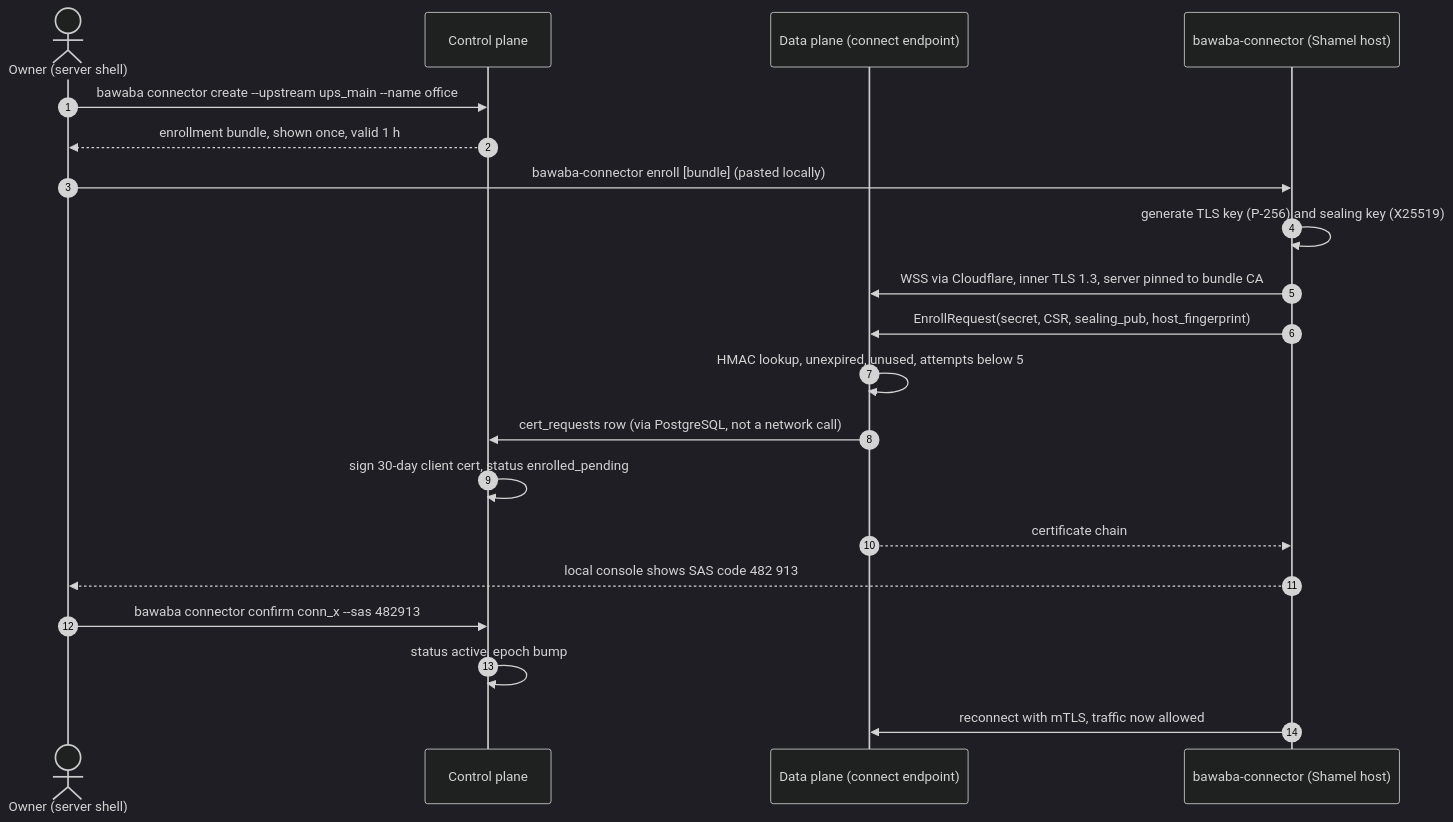
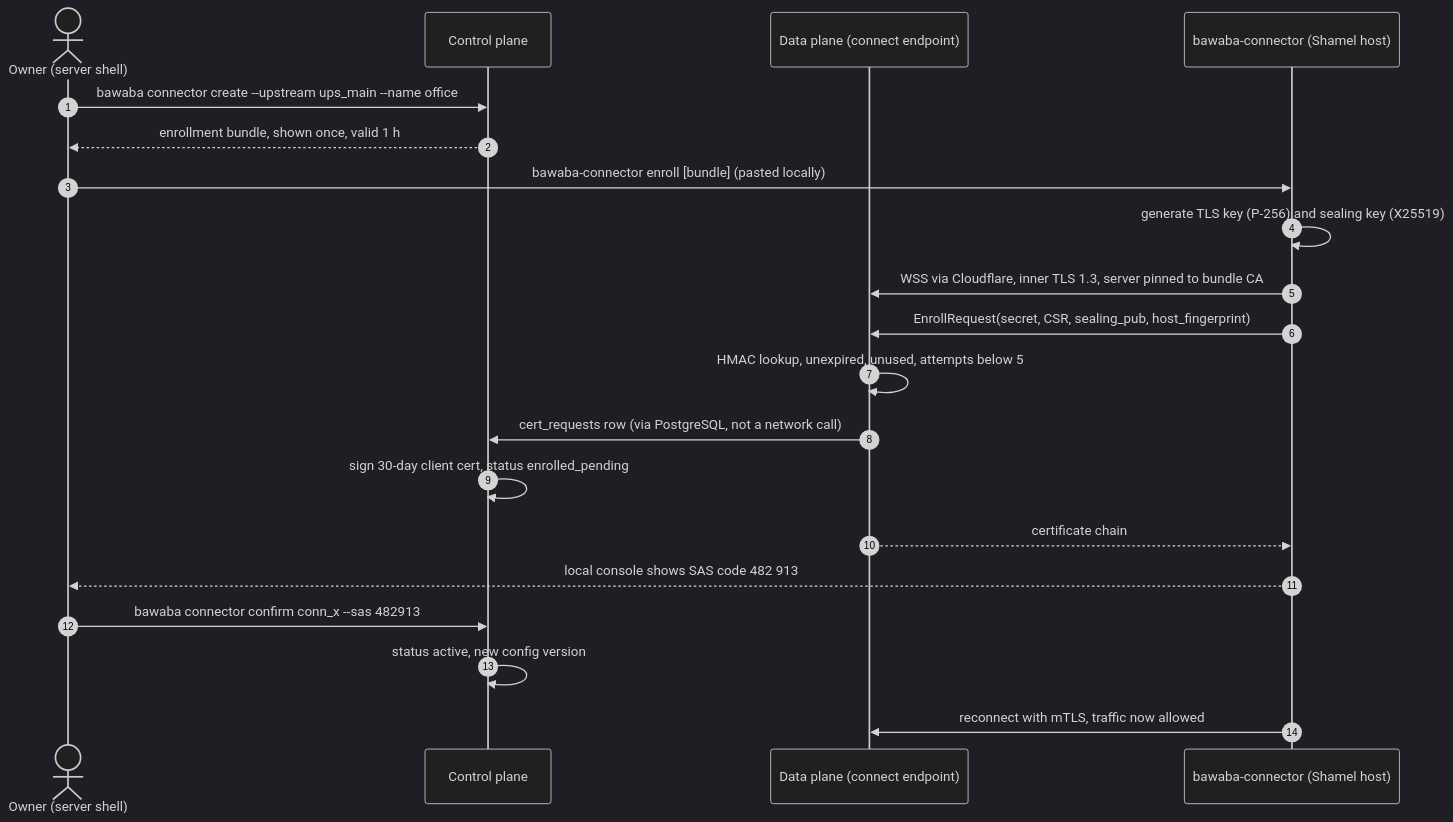
Before and after one commit to Web3Abbas/Shamel: the second of 5 diagrams in docs/design/02-security.md, drawn with Mermaid (dark theme). The commit also changed other lines of this file, not shown here.

````diff
--- a/docs/design/02-security.md
+++ b/docs/design/02-security.md
@@ -485,22 +489,22 @@
 ```mermaid
 sequenceDiagram
     autonumber
     actor O as Owner (server shell)
     participant CP as Control plane
     participant DP as Data plane (connect endpoint)
     participant C as bawaba-connector (Shamel host)
     O->>CP: bawaba connector create --upstream ups_main --name office
     CP-->>O: enrollment bundle, shown once, valid 1 h
     O->>C: bawaba-connector enroll [bundle] (pasted locally)
     C->>C: generate TLS key (P-256) and sealing key (X25519)
     C->>DP: WSS via Cloudflare, inner TLS 1.3, server pinned to bundle CA
     C->>DP: EnrollRequest(secret, CSR, sealing_pub, host_fingerprint)
     DP->>DP: HMAC lookup, unexpired, unused, attempts below 5
     DP->>CP: cert_requests row (via PostgreSQL, not a network call)
     CP->>CP: sign 30-day client cert, status enrolled_pending
     DP-->>C: certificate chain
     C-->>O: local console shows SAS code 482 913
     O->>CP: bawaba connector confirm conn_x --sas 482913
-    CP->>CP: status active, epoch bump
+    CP->>CP: status active, new config version
     C->>DP: reconnect with mTLS, traffic now allowed
 ```
````
